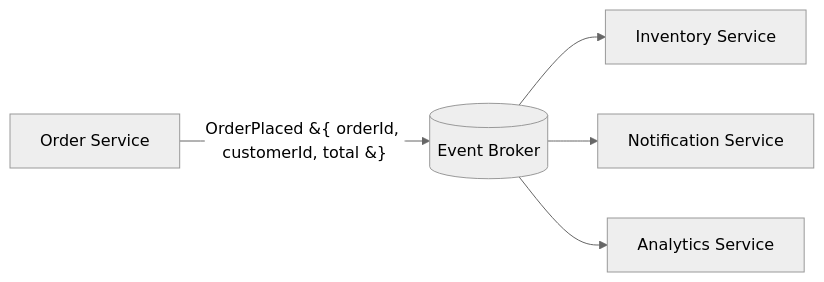
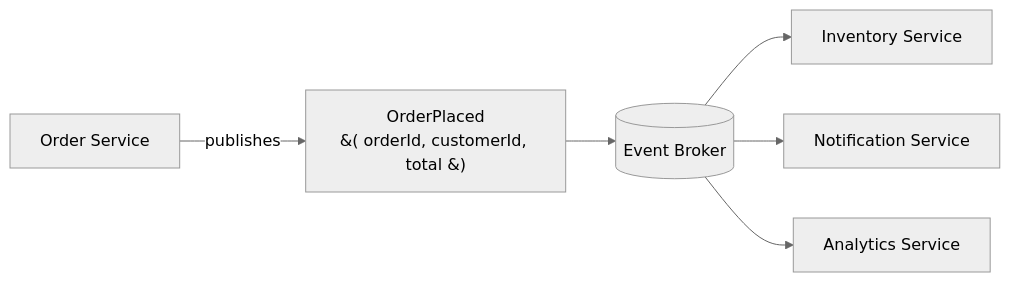
One commit to vladiant/vladiant changed the fifth of 12 diagrams in software_architecture/08_service_communication_data_sharing.md. Above: the diagram before and after it, drawn with Mermaid (neutral theme). The commit also changed other lines of this file and 2 other files, not shown here.

Commit message:
Fix mermaid renderings

````diff
--- a/software_architecture/08_service_communication_data_sharing.md
+++ b/software_architecture/08_service_communication_data_sharing.md
@@ -115,7 +115,8 @@
 ```mermaid
 graph LR
-    OS[Order Service] -- "OrderPlaced &#123; orderId, customerId, total &#125;" --> BROKER[(Event Broker)]
+    OS[Order Service] -- publishes --> EVT["OrderPlaced<br/>&#40; orderId, customerId, total &#41;"]
+    EVT --> BROKER[(Event Broker)]
     BROKER --> INV[Inventory Service]
     BROKER --> NOTIFY[Notification Service]
     BROKER --> ANALYTICS[Analytics Service]
 ```
````
